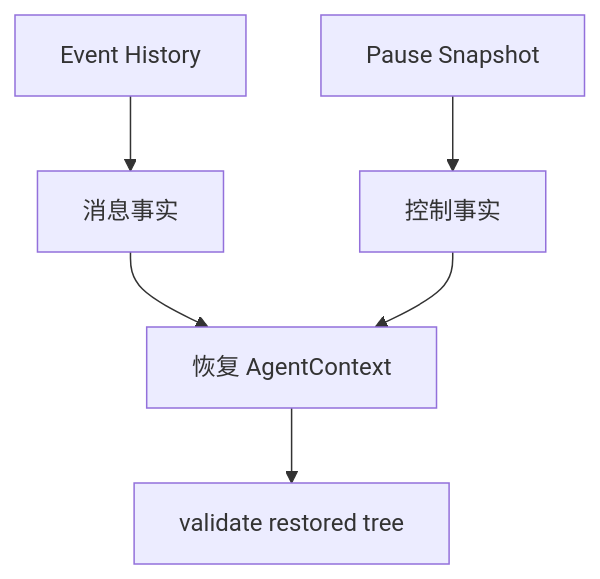
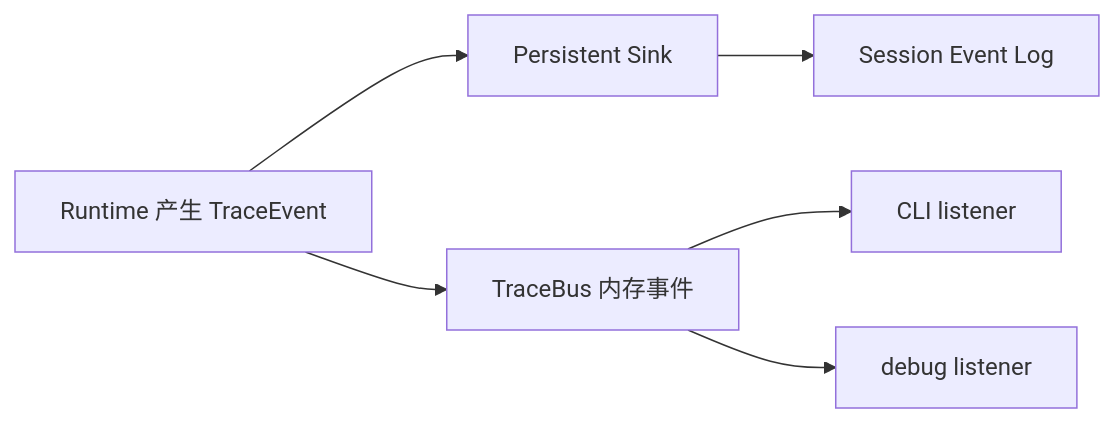
The tenth of 11 diagrams in docs/09-persistence-recovery-observability.md (Arthur999459up/GitAgent), drawn with Mermaid before and after one commit. The commit also changed other lines of this file and 3 other files, not shown here.

````diff
--- a/docs/09-persistence-recovery-observability.md
+++ b/docs/09-persistence-recovery-observability.md
@@ -123,8 +691,8 @@
 ```mermaid
-flowchart TD
-    E[Event History] --> M[消息事实]
-    P[Pause Snapshot] --> C[控制事实]
-    M --> R[恢复 AgentContext]
-    C --> R
-    R --> V[validate restored tree]
+flowchart LR
+    E[Runtime 产生 TraceEvent] --> P[Persistent Sink]
+    P --> EL[Session Event Log]
+    E --> MEM[TraceBus 内存事件]
+    MEM --> L1[CLI listener]
+    MEM --> L2[debug listener]
 ```
````
